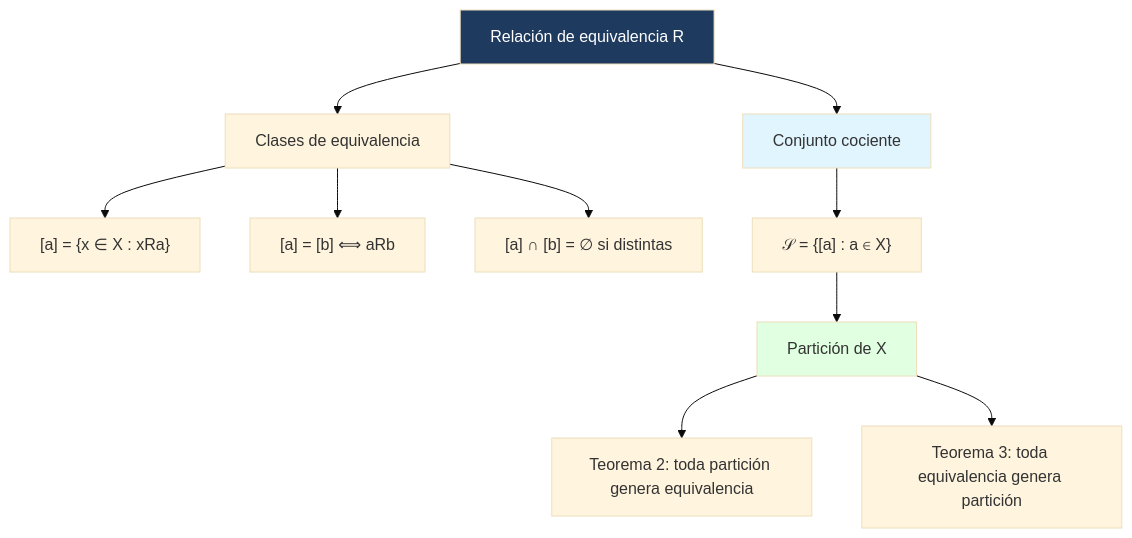
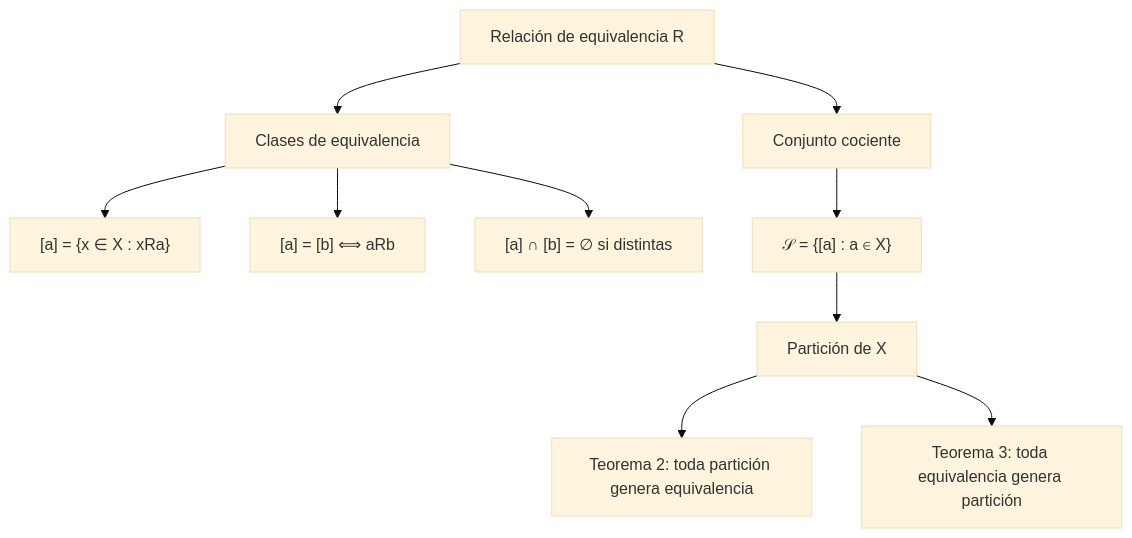
Before and after one commit to Fsteven22/Notas-de-Universidad-Freddy-Sanchez-: the diagram in Universidad/3er Semestre/Matemáticas Discretas/Unidad 2 - Funciones y Relaciones/03 - Propiedades y Equivalencia.md, drawn with Mermaid (base theme). The commit also changed other lines of this file and 1424 other files, not shown here.

````diff
--- a/Universidad/3er Semestre/Matemáticas Discretas/Unidad 2 - Funciones y Relaciones/03 - Propiedades y Equivalencia.md
+++ b/Universidad/3er Semestre/Matemáticas Discretas/Unidad 2 - Funciones y Relaciones/03 - Propiedades y Equivalencia.md
@@ -184,16 +185,13 @@
 ```mermaid
 graph TD
     A[Relación de equivalencia R] --> B[Clases de equivalencia]
     B --> C["[a] = {x ∈ X : xRa}"]
     B --> D["[a] = [b] ⟺ aRb"]
     B --> E["[a] ∩ [b] = ∅ si distintas"]
     A --> F[Conjunto cociente]
     F --> G["𝒮 = {[a] : a ∈ X}"]
     G --> H[Partición de X]
     H --> I[Teorema 2: toda partición genera equivalencia]
     H --> J[Teorema 3: toda equivalencia genera partición]
 
-    style A fill:#1e3a5f,color:#fff
-    style F fill:#e1f5ff
-    style H fill:#e1ffe1
 ```
````
